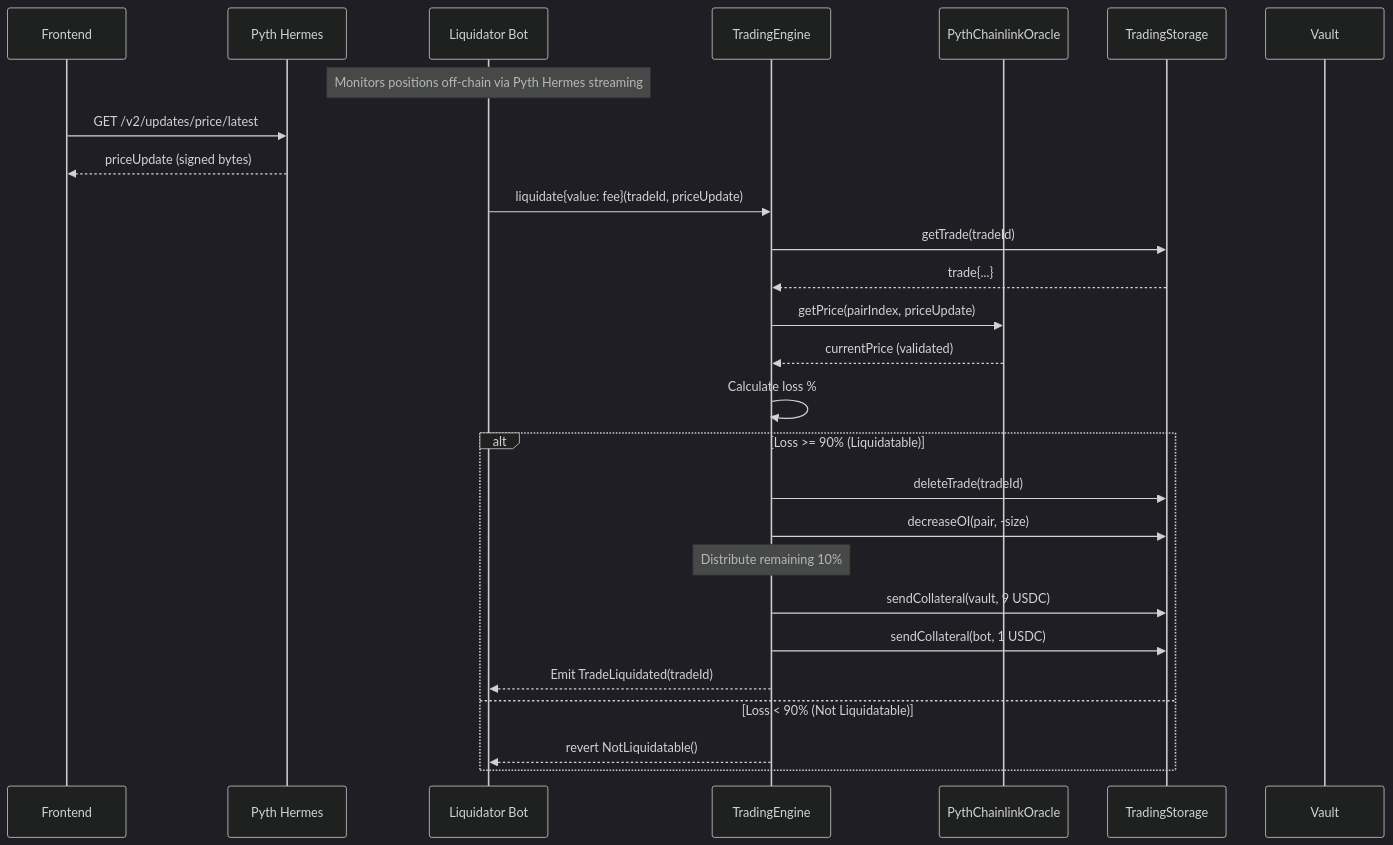
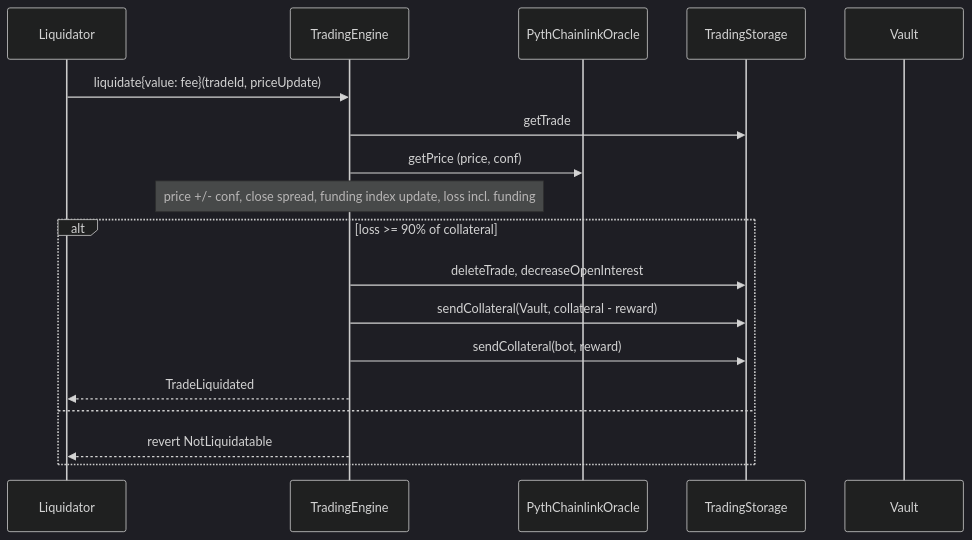
The fourth of 4 diagrams in docs/03-architecture.md (GushALKDev/evm-synthetic-trading-protocol), drawn with Mermaid (dark theme) before and after one commit. The commit also changed other lines of this file, not shown here.

First line of the commit message:
Rewrite the architecture guide against the contracts

````diff
--- a/docs/03-architecture.md
+++ b/docs/03-architecture.md
@@ -514,37 +324,21 @@
 ```mermaid
 sequenceDiagram
-    participant Frontend
-    participant Hermes as Pyth Hermes
-    participant Bot as Liquidator Bot
-    participant Trading as TradingEngine
+    participant Bot as Liquidator
+    participant Engine as TradingEngine
     participant Oracle as PythChainlinkOracle
     participant Storage as TradingStorage
     participant Vault
 
-    Note over Bot: Monitors positions off-chain via Pyth Hermes streaming
-    Frontend->>Hermes: GET /v2/updates/price/latest
-    Hermes-->>Frontend: priceUpdate (signed bytes)
-
-    Bot->>Trading: liquidate{value: fee}(tradeId, priceUpdate)
-
-    Trading->>Storage: getTrade(tradeId)
-    Storage-->>Trading: trade{...}
-
-    Trading->>Oracle: getPrice(pairIndex, priceUpdate)
-    Oracle-->>Trading: currentPrice (validated)
-
-    Trading->>Trading: Calculate loss %
-
-    alt Loss >= 90% (Liquidatable)
-        Trading->>Storage: deleteTrade(tradeId)
-        Trading->>Storage: decreaseOI(pair, -size)
-
-        Note over Trading: Distribute remaining 10%
-        Trading->>Storage: sendCollateral(vault, 9 USDC)
-        Trading->>Storage: sendCollateral(bot, 1 USDC)
-
-        Trading-->>Bot: Emit TradeLiquidated(tradeId)
-    else Loss < 90% (Not Liquidatable)
-        Trading-->>Bot: revert NotLiquidatable()
+    Bot->>Engine: liquidate{value: fee}(tradeId, priceUpdate)
+    Engine->>Storage: getTrade
+    Engine->>Oracle: getPrice (price, conf)
+    Note over Engine: price +/- conf, close spread, funding index update, loss incl. funding
+    alt loss >= 90% of collateral
+        Engine->>Storage: deleteTrade, decreaseOpenInterest
+        Engine->>Storage: sendCollateral(Vault, collateral - reward)
+        Engine->>Storage: sendCollateral(bot, reward)
+        Engine-->>Bot: TradeLiquidated
+    else
+        Engine-->>Bot: revert NotLiquidatable
     end
 ```
````
